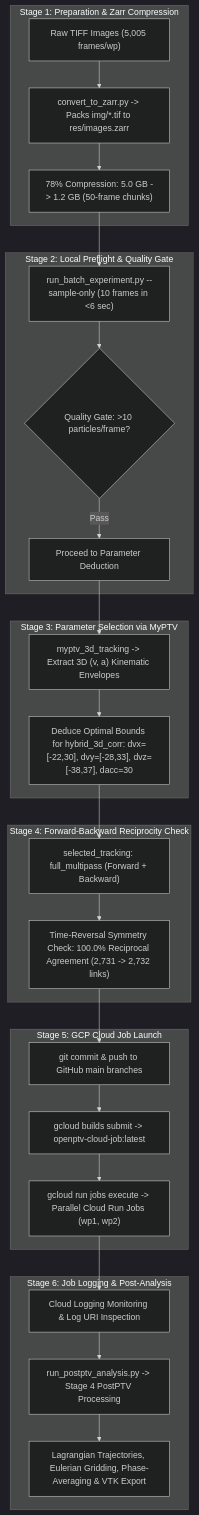
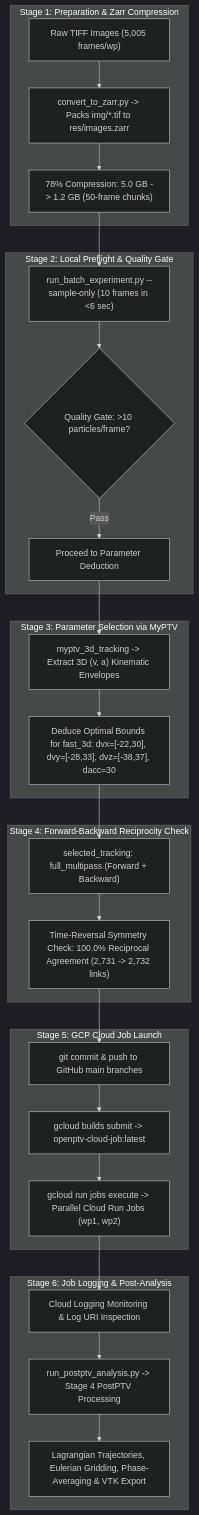
The diagram in docs/TT13_aorta_tutorial.md (alexlib/openptv2), drawn with Mermaid (dark theme) before and after one commit. The commit also changed other lines of this file and 24 other files, not shown here.

First line of the commit message:
Remove hybrid_3d_corr tracker; make fast_3d the default

````diff
--- a/docs/TT13_aorta_tutorial.md
+++ b/docs/TT13_aorta_tutorial.md
@@ -12,35 +12,35 @@
 ```mermaid
 flowchart TD
     subgraph Stage1 ["Stage 1: Preparation & Zarr Compression"]
         A1["Raw TIFF Images (5,005 frames/wp)"] --> A2["convert_to_zarr.py -> Packs img/*.tif to res/images.zarr"]
         A2 --> A3["78% Compression: 5.0 GB -> 1.2 GB (50-frame chunks)"]
     end
 
     subgraph Stage2 ["Stage 2: Local Preflight & Quality Gate"]
         A3 --> B1["run_batch_experiment.py --sample-only (10 frames in <6 sec)"]
         B1 --> B2{"Quality Gate: >10 particles/frame?"}
         B2 -->|Pass| C1["Proceed to Parameter Deduction"]
     end
 
     subgraph Stage3 ["Stage 3: Parameter Selection via MyPTV"]
         C1 --> C2["myptv_3d_tracking -> Extract 3D (v, a) Kinematic Envelopes"]
-        C2 --> C3["Deduce Optimal Bounds for hybrid_3d_corr: dvx=[-22,30], dvy=[-28,33], dvz=[-38,37], dacc=30"]
+        C2 --> C3["Deduce Optimal Bounds for fast_3d: dvx=[-22,30], dvy=[-28,33], dvz=[-38,37], dacc=30"]
     end
 
     subgraph Stage4 ["Stage 4: Forward-Backward Reciprocity Check"]
         C3 --> D1["selected_tracking: full_multipass (Forward + Backward)"]
         D1 --> D2["Time-Reversal Symmetry Check: 100.0% Reciprocal Agreement (2,731 -> 2,732 links)"]
     end
 
     subgraph Stage5 ["Stage 5: GCP Cloud Job Launch"]
         D2 --> E1["git commit & push to GitHub main branches"]
         E1 --> E2["gcloud builds submit -> openptv-cloud-job:latest"]
         E2 --> E3["gcloud run jobs execute -> Parallel Cloud Run Jobs (wp1, wp2)"]
     end
 
     subgraph Stage6 ["Stage 6: Job Logging & Post-Analysis"]
         E3 --> F1["Cloud Logging Monitoring & Log URI Inspection"]
         F1 --> F2["run_postptv_analysis.py -> Stage 4 PostPTV Processing"]
         F2 --> F3["Lagrangian Trajectories, Eulerian Gridding, Phase-Averaging & VTK Export"]
     end
 ```
````
